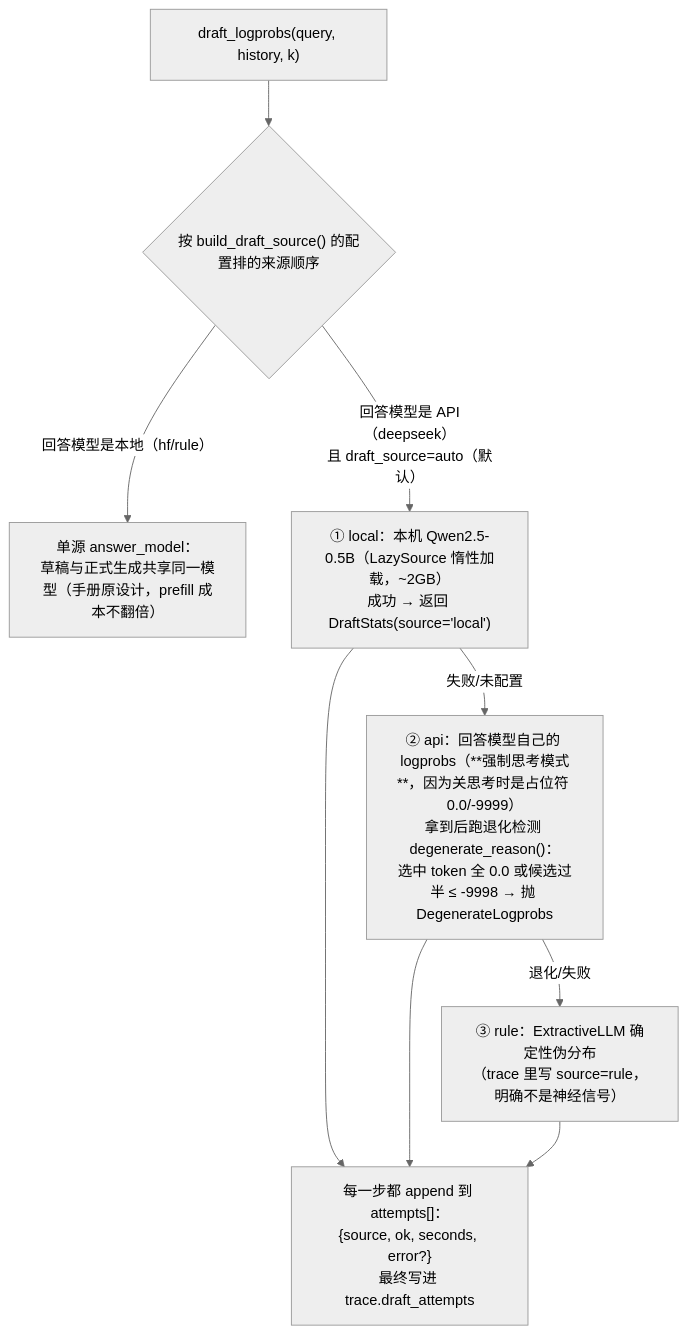
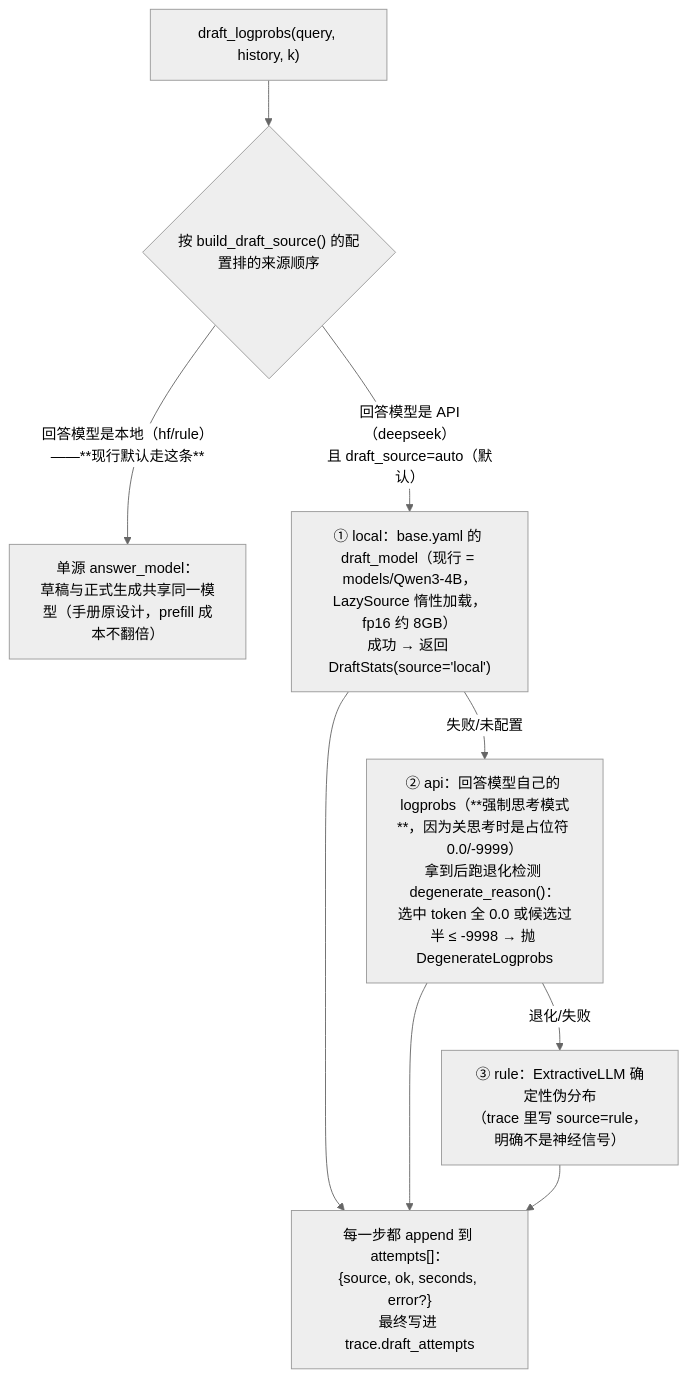
Before and after one commit to woodforestsen/lawgate: the tenth of 26 diagrams in docs/功能流程图.md, drawn with Mermaid (neutral theme). The commit also changed other lines of this file and 724 other files, not shown here.

First line of the commit message:
chore: LawGate stage update - Qwen3-4B local inference, full statute/judgment corpus, gating and vector recalibration

````diff
--- a/docs/功能流程图.md
+++ b/docs/功能流程图.md
@@ -371,11 +375,11 @@
 ```mermaid
 flowchart TD
     D0["draft_logprobs(query, history, k)"] --> D1{"按 build_draft_source() 的配置排的来源顺序"}
-    D1 -- "回答模型是本地（hf/rule）" --> D2["单源 answer_model：<br/>草稿与正式生成共享同一模型（手册原设计，prefill 成本不翻倍）"]
-    D1 -- "回答模型是 API（deepseek）<br/>且 draft_source=auto（默认）" --> D3["① local：本机 Qwen2.5-0.5B（LazySource 惰性加载，~2GB）<br/>成功 → 返回 DraftStats(source='local')"]
+    D1 -- "回答模型是本地（hf/rule）<br/>——**现行默认走这条**" --> D2["单源 answer_model：<br/>草稿与正式生成共享同一模型（手册原设计，prefill 成本不翻倍）"]
+    D1 -- "回答模型是 API（deepseek）<br/>且 draft_source=auto（默认）" --> D3["① local：base.yaml 的 draft_model（现行 = models/Qwen3-4B，LazySource 惰性加载，fp16 约 8GB）<br/>成功 → 返回 DraftStats(source='local')"]
     D3 -- "失败/未配置" --> D4["② api：回答模型自己的 logprobs（**强制思考模式**，因为关思考时是占位符 0.0/-9999）<br/>拿到后跑退化检测 degenerate_reason()：<br/>选中 token 全 0.0 或候选过半 ≤ -9998 → 抛 DegenerateLogprobs"]
     D4 -- "退化/失败" --> D5["③ rule：ExtractiveLLM 确定性伪分布<br/>（trace 里写 source=rule，明确不是神经信号）"]
     D3 --> D6["每一步都 append 到 attempts[]：<br/>{source, ok, seconds, error?}<br/>最终写进 trace.draft_attempts"]
     D4 --> D6
     D5 --> D6
 ```
````
